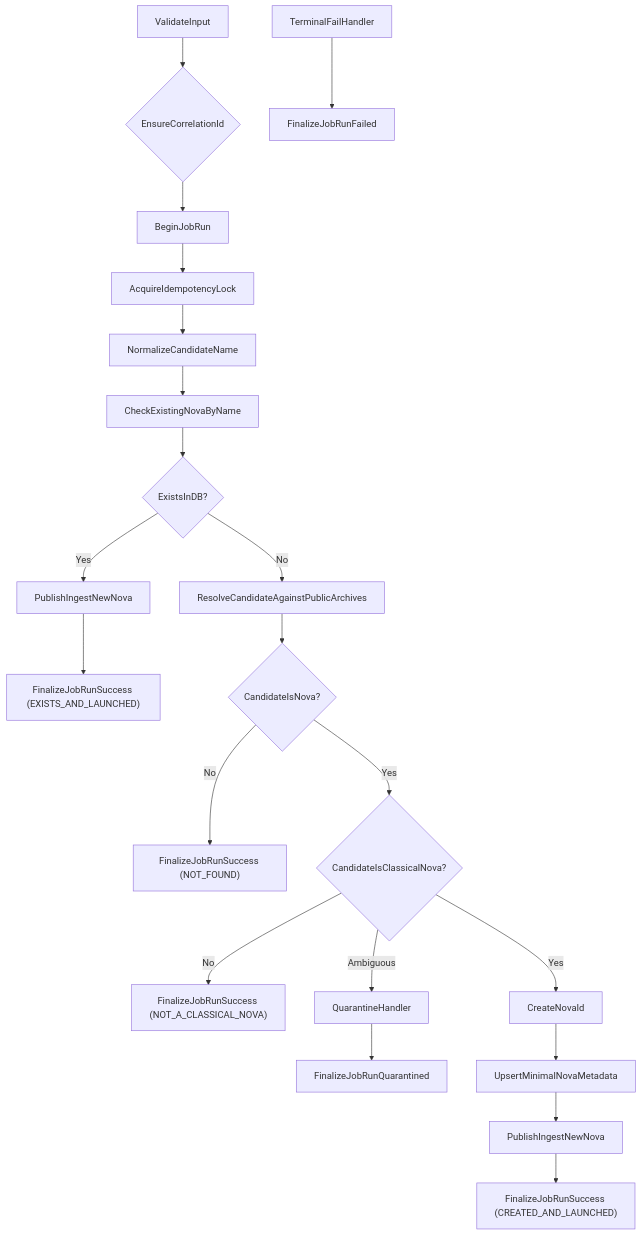
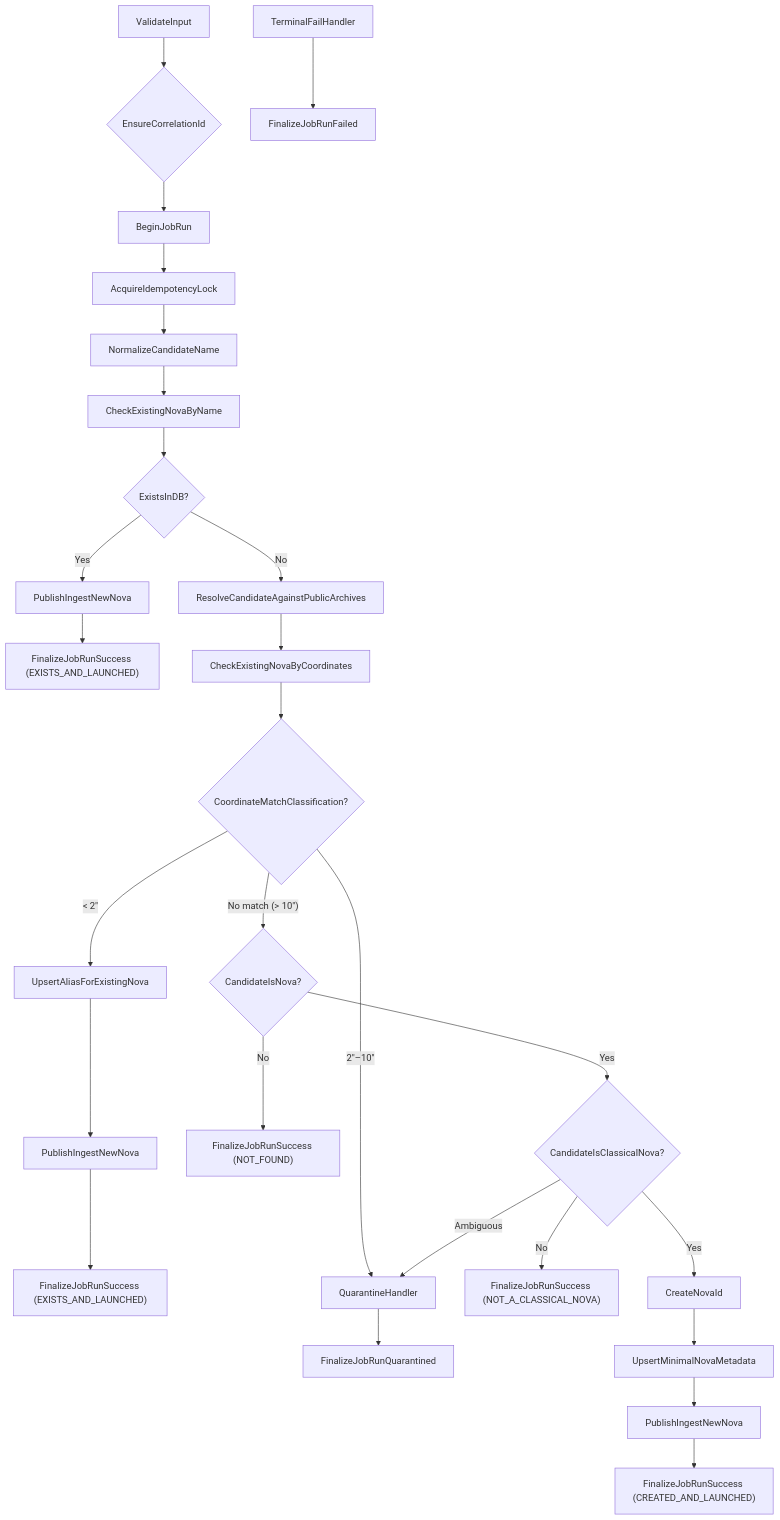
The diagram in docs/diagrams/workflow-initialize-nova.md (finzellt/aws_nova_cat), drawn with Mermaid before and after one commit. The commit also changed 1 other file, not shown here.

Commit message:
refactor(workflows): add coordinate-based identity check to initialize_nova

````diff
--- a/docs/diagrams/workflow-initialize-nova.md
+++ b/docs/diagrams/workflow-initialize-nova.md
@@ -1,31 +1,38 @@
 ```mermaid
 flowchart TD
   A[ValidateInput] --> B{EnsureCorrelationId}
   B --> C[BeginJobRun]
   C --> D[AcquireIdempotencyLock]
   D --> E[NormalizeCandidateName]
   E --> F[CheckExistingNovaByName]
   F --> G{ExistsInDB?}
 
   G -- Yes --> H[PublishIngestNewNova]
   H --> I["FinalizeJobRunSuccess (EXISTS_AND_LAUNCHED)"]
 
   G -- No --> J[ResolveCandidateAgainstPublicArchives]
-  J --> K{CandidateIsNova?}
 
+  J --> CC[CheckExistingNovaByCoordinates]
+  CC --> CM{CoordinateMatchClassification?}
+
+  CM -- "< 2&quot;" --> UA[UpsertAliasForExistingNova]
+  UA --> H2[PublishIngestNewNova]
+  H2 --> I2["FinalizeJobRunSuccess (EXISTS_AND_LAUNCHED)"]
+
+  CM -- "2&quot;–10&quot;" --> Q[QuarantineHandler]
+  Q --> R[FinalizeJobRunQuarantined]
+
+  CM -- "No match (&gt; 10&quot;)" --> K{CandidateIsNova?}
   K -- No --> L["FinalizeJobRunSuccess (NOT_FOUND)"]
 
   K -- Yes --> M{CandidateIsClassicalNova?}
   M -- No --> N["FinalizeJobRunSuccess (NOT_A_CLASSICAL_NOVA)"]
 
-  M -- Ambiguous --> Q[QuarantineHandler]
-  Q --> R[FinalizeJobRunQuarantined]
-
+  M -- Ambiguous --> Q
   M -- Yes --> O[CreateNovaId]
   O --> P[UpsertMinimalNovaMetadata]
-  P --> H2[PublishIngestNewNova]
-  H2 --> S["FinalizeJobRunSuccess (CREATED_AND_LAUNCHED)"]
+  P --> H3[PublishIngestNewNova]
+  H3 --> S["FinalizeJobRunSuccess (CREATED_AND_LAUNCHED)"]
 
-  %% Terminal failure path (workflow-level)
-  T[TerminalFailHandler] --> U[FinalizeJobRunFailed]
+  TF[TerminalFailHandler] --> FF[FinalizeJobRunFailed]
 ```
````
